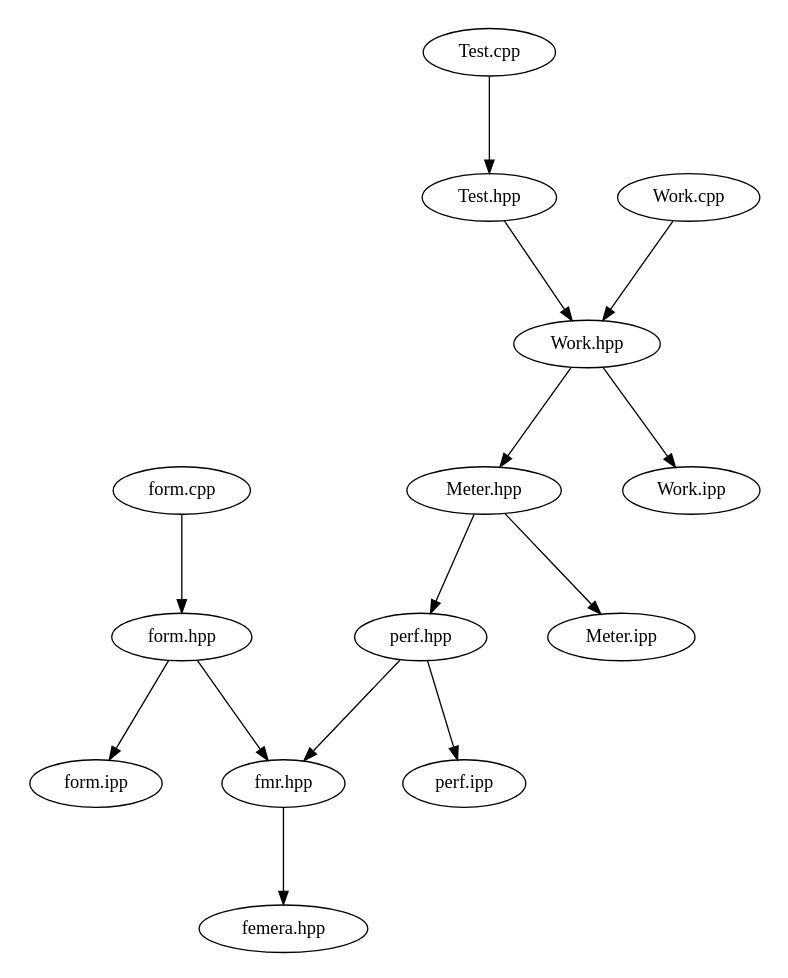
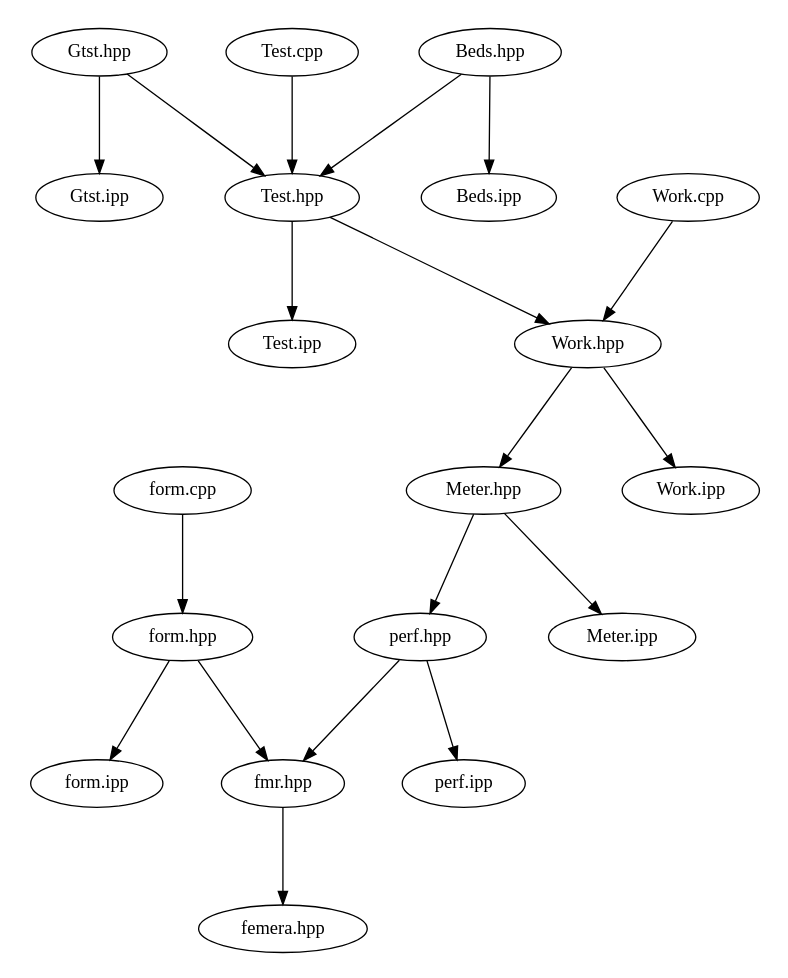
Before and after one commit to waggyz/femera-mini-app: the diagram in src/docs/src-notest.dot, drawn with Graphviz. The commit also changed 7 other files, not shown here.

```diff
--- a/src/docs/src-notest.dot
+++ b/src/docs/src-notest.dot
@@ -1,21 +1,26 @@
 digraph "source tree" {
     overlap=scale;
     size="8,10";
     ratio="fill";
     fontsize="16";
     fontname="Helvetica";
 	clusterrank="local";
 	"Meter.hpp" -> "perf.hpp"
 	"perf.hpp" -> "fmr.hpp"
+	"Gtst.hpp" -> "Gtst.ipp"
 	"Work.hpp" -> "Work.ipp"
 	"Test.hpp" -> "Work.hpp"
 	"form.cpp" -> "form.hpp"
+	"Beds.hpp" -> "Test.hpp"
 	"fmr.hpp" -> "femera.hpp"
 	"perf.hpp" -> "perf.ipp"
 	"form.hpp" -> "fmr.hpp"
 	"form.hpp" -> "form.ipp"
+	"Gtst.hpp" -> "Test.hpp"
+	"Beds.hpp" -> "Beds.ipp"
 	"Work.cpp" -> "Work.hpp"
 	"Work.hpp" -> "Meter.hpp"
 	"Test.cpp" -> "Test.hpp"
+	"Test.hpp" -> "Test.ipp"
 	"Meter.hpp" -> "Meter.ipp"
 }
```
